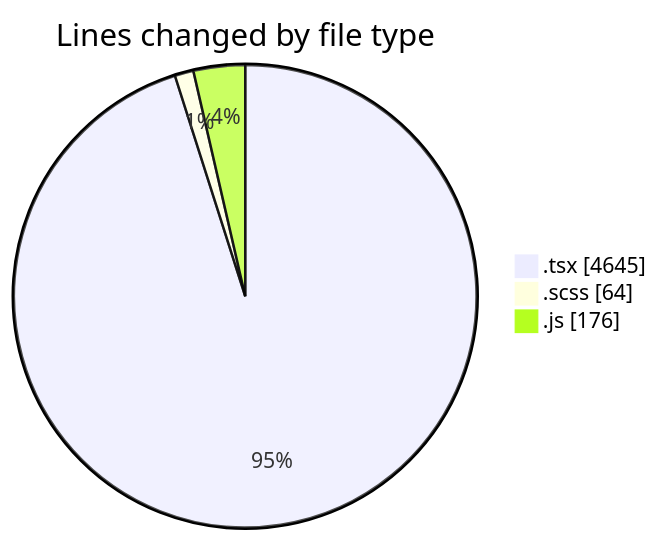
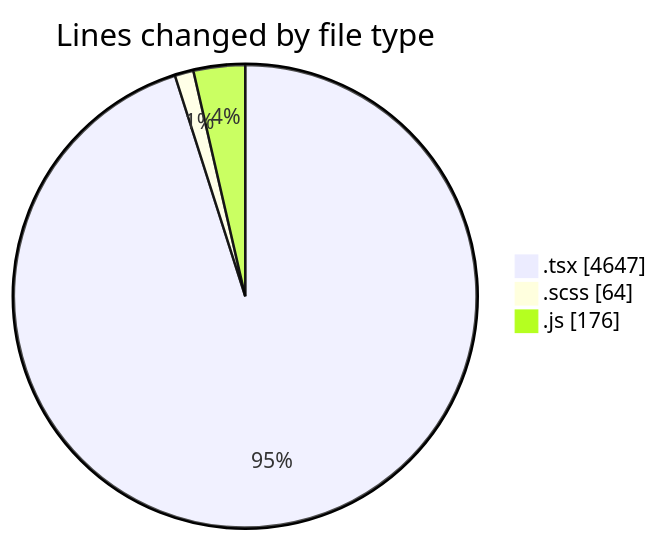
Before and after one commit to momahboobian/code-tracking: the first of 2 diagrams in 2025-06-16/cda/README.md, drawn with Mermaid. The commit also changed other lines of this file and 1 other file, not shown here.

````diff
--- a/2025-06-16/cda/README.md
+++ b/2025-06-16/cda/README.md
@@ -37,7 +37,7 @@
 ```mermaid
 pie showData
 title Lines changed by file type
-".tsx" : 4645
+".tsx" : 4647
 ".scss" : 64
 ".js" : 176
 ```
````
